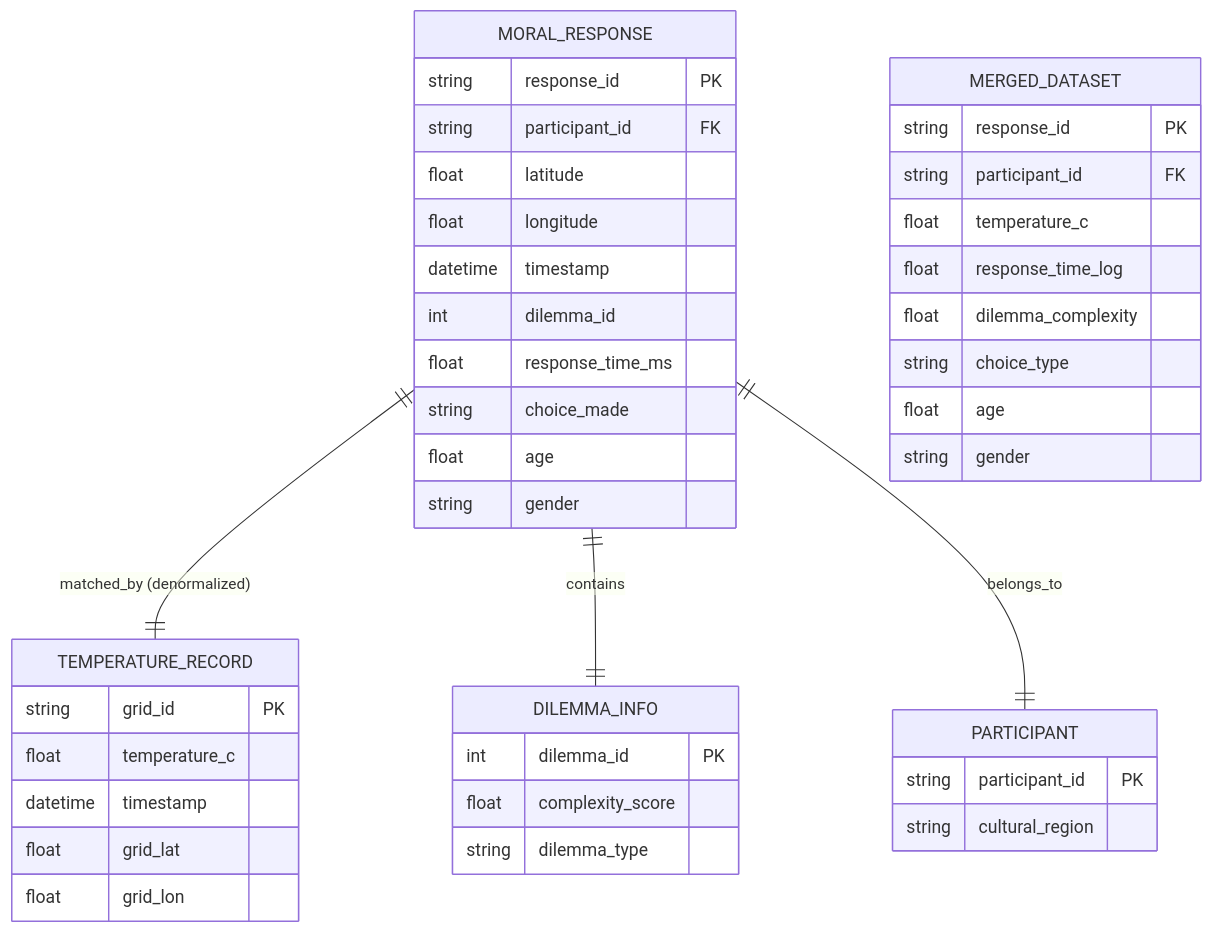
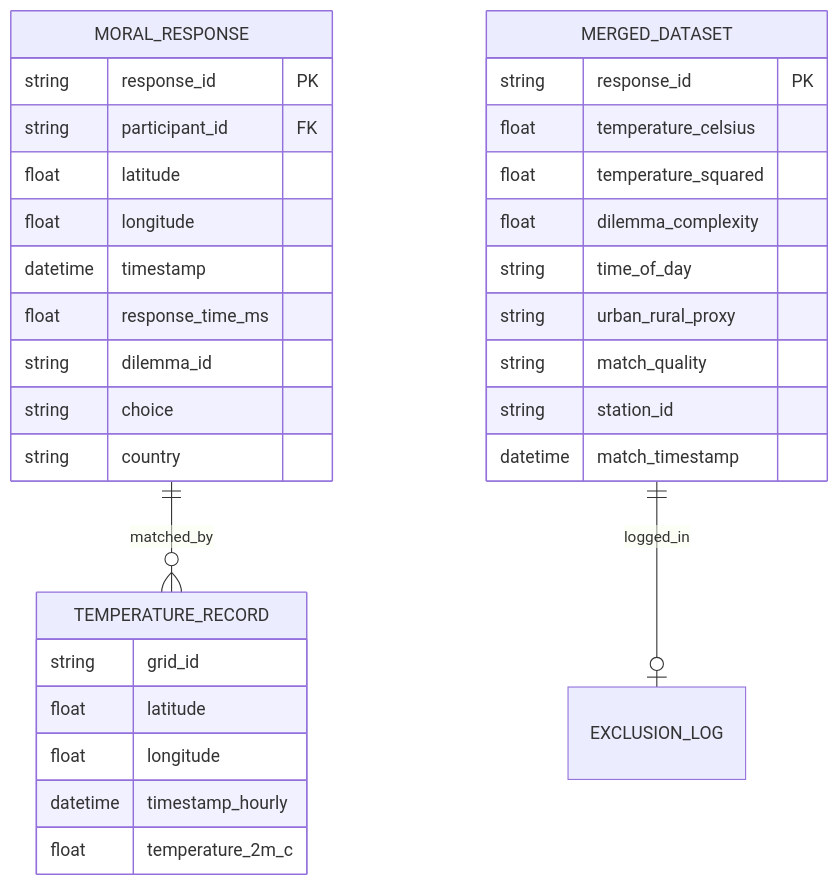
Before and after one commit to ContextLab/llmXive: the diagram in projects/PROJ-743-ambient-temperature-influence-on-moral-d/specs/001-ambient-temperature-influence-on-moral-d/data-model.md, drawn with Mermaid. The commit also changed other lines of this file and 26 other files, not shown here.

````diff
--- a/projects/PROJ-743-ambient-temperature-influence-on-moral-d/specs/001-ambient-temperature-influence-on-moral-d/data-model.md
+++ b/projects/PROJ-743-ambient-temperature-influence-on-moral-d/specs/001-ambient-temperature-influence-on-moral-d/data-model.md
@@ -5,50 +5,34 @@
 ```mermaid
 erDiagram
-    MORAL_RESPONSE ||--|| TEMPERATURE_RECORD : "matched_by (denormalized)"
-    MORAL_RESPONSE ||--|| DILEMMA_INFO : "contains"
-    MORAL_RESPONSE ||--|| PARTICIPANT : "belongs_to"
-    
-    MORAL_RESPONSE {
-        string response_id PK
-        string participant_id FK
-        float latitude
-        float longitude
-        datetime timestamp
-        int dilemma_id
-        float response_time_ms
-        string choice_made
-        float age
-        string gender
-    }
-    
-    TEMPERATURE_RECORD {
-        string grid_id PK
-        float temperature_c
-        datetime timestamp
-        float grid_lat
-        float grid_lon
-    }
-    
-    DILEMMA_INFO {
-        int dilemma_id PK
-        float complexity_score
-        string dilemma_type
-    }
-    
-    PARTICIPANT {
-        string participant_id PK
-        string cultural_region
-    }
-    
-    %% Final Output: Denormalized Merged Dataset
-    MERGED_DATASET {
-        string response_id PK
-        string participant_id FK
-        float temperature_c
-        float response_time_log
-        float dilemma_complexity
-        string choice_type
-        float age
-        string gender
-    }
+ MORAL_RESPONSE ||--o{ TEMPERATURE_RECORD: "matched_by"
+ MORAL_RESPONSE {
+ string response_id PK
+ string participant_id FK
+ float latitude
+ float longitude
+ datetime timestamp
+ float response_time_ms
+ string dilemma_id
+ string choice
+ string country
+ }
+ TEMPERATURE_RECORD {
+ string grid_id
+ float latitude
+ float longitude
+ datetime timestamp_hourly
+ float temperature_2m_c
+ }
+ MERGED_DATASET ||--o| EXCLUSION_LOG: "logged_in"
+ MERGED_DATASET {
+ string response_id PK
+ float temperature_celsius
+ float temperature_squared
+ float dilemma_complexity
+ string time_of_day
+ string urban_rural_proxy
+ string match_quality
+ string station_id
+ datetime match_timestamp
+ }
 ```
````
